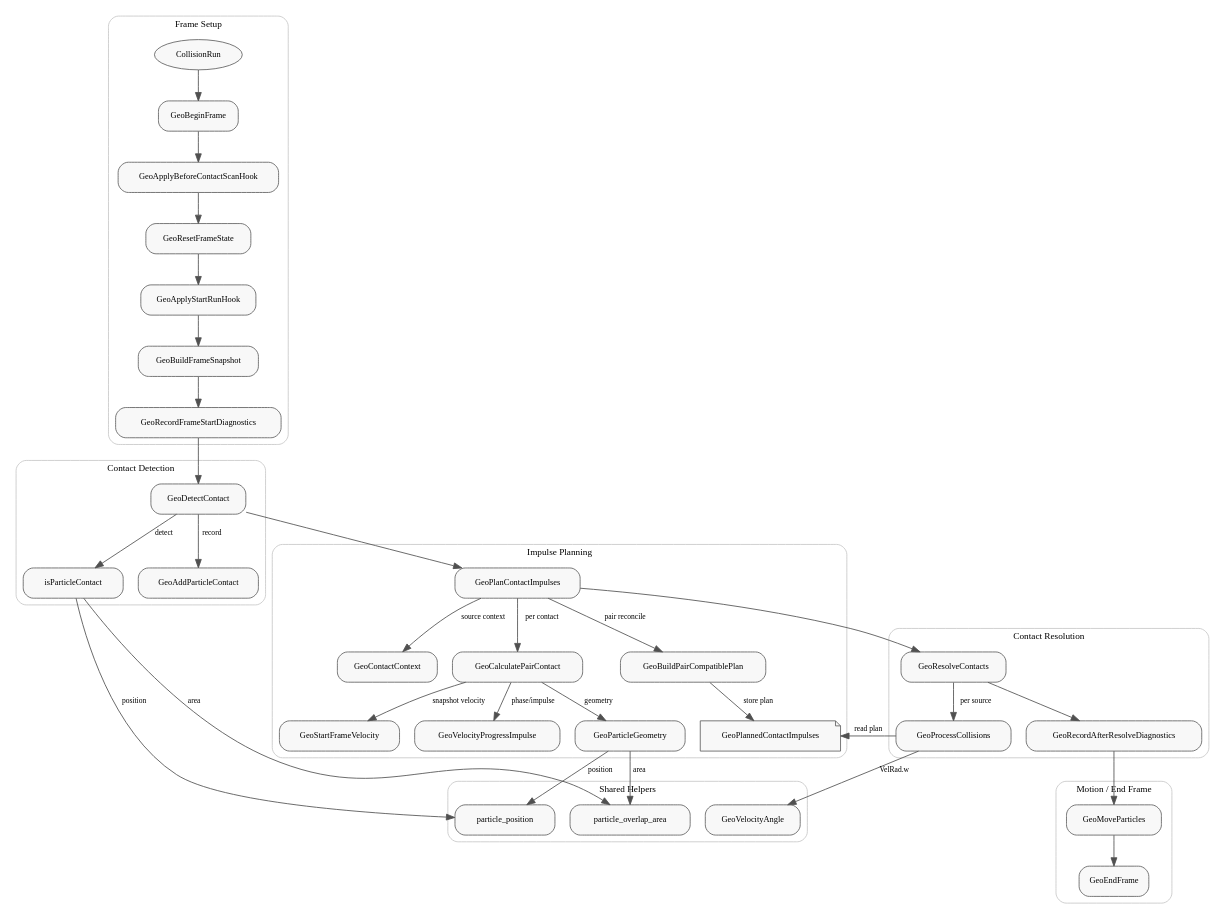
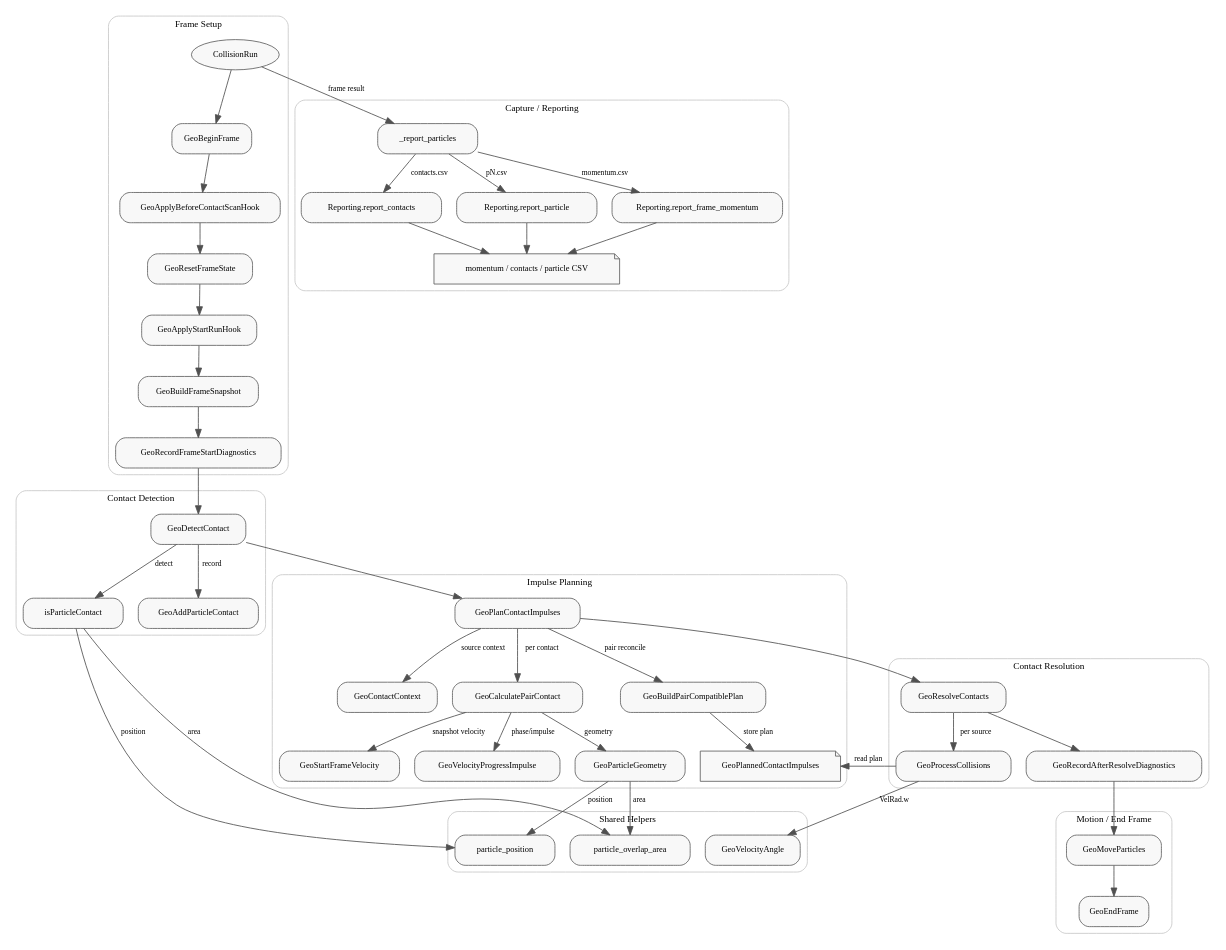
One commit to fieldparticle/gPCD changed the diagram in docs/Dynamics/generated/ShadowSourceFlow.dot. Above: the diagram before and after it, drawn with Graphviz. The commit also changed 28 other files, not shown here.

```diff
--- a/docs/Dynamics/generated/ShadowSourceFlow.dot
+++ b/docs/Dynamics/generated/ShadowSourceFlow.dot
@@ -1,107 +1,124 @@
 digraph ShadowSourceFlow {
   graph [
     rankdir=TB,
     compound=true,
     bgcolor="white",
     fontname="Consolas",
     fontsize=11
   ];
   node [
     fontname="Consolas",
     fontsize=10,
     style="rounded,filled",
     fillcolor="#f8f8f8",
     color="#606060"
   ];
   edge [
     fontname="Consolas",
     fontsize=9,
     color="#505050"
   ];
 
   subgraph cluster_setup {
     label="Frame Setup";
     color="#c8c8c8";
     style="rounded";
     CollisionRun [label="CollisionRun", shape=oval, URL="vscode://file/C:/_DJ/gPCD/python/base/ShadowBase.py:265:1", tooltip="Open CollisionRun in VS Code", target="_blank"];
     GeoBeginFrame [label="GeoBeginFrame", shape=box, URL="vscode://file/C:/_DJ/gPCD/python/base/ShadowBase.py:349:1", tooltip="Open GeoBeginFrame in VS Code", target="_blank"];
     GeoApplyBeforeContactScanHook [label="GeoApplyBeforeContactScanHook", shape=box, URL="vscode://file/C:/_DJ/gPCD/python/base/ShadowBase.py:364:1", tooltip="Open GeoApplyBeforeContactScanHook in VS Code", target="_blank"];
     GeoResetFrameState [label="GeoResetFrameState", shape=box, URL="vscode://file/C:/_DJ/gPCD/python/base/ShadowBase.py:377:1", tooltip="Open GeoResetFrameState in VS Code", target="_blank"];
     GeoApplyStartRunHook [label="GeoApplyStartRunHook", shape=box, URL="vscode://file/C:/_DJ/gPCD/python/base/ShadowBase.py:414:1", tooltip="Open GeoApplyStartRunHook in VS Code", target="_blank"];
     GeoBuildFrameSnapshot [label="GeoBuildFrameSnapshot", shape=box, URL="vscode://file/C:/_DJ/gPCD/python/base/ShadowBase.py:427:1", tooltip="Open GeoBuildFrameSnapshot in VS Code", target="_blank"];
     GeoRecordFrameStartDiagnostics [label="GeoRecordFrameStartDiagnostics", shape=box, URL="vscode://file/C:/_DJ/gPCD/python/base/ShadowBase.py:475:1", tooltip="Open GeoRecordFrameStartDiagnostics in VS Code", target="_blank"];
   }
   subgraph cluster_detect {
     label="Contact Detection";
     color="#c8c8c8";
     style="rounded";
     GeoDetectContact [label="GeoDetectContact", shape=box, URL="vscode://file/C:/_DJ/gPCD/python/base/ShadowBase.py:496:1", tooltip="Open GeoDetectContact in VS Code", target="_blank"];
     isParticleContact [label="isParticleContact", shape=box, URL="vscode://file/C:/_DJ/gPCD/python/base/ShadowBase.py:578:1", tooltip="Open isParticleContact in VS Code", target="_blank"];
     GeoAddParticleContact [label="GeoAddParticleContact", shape=box, URL="vscode://file/C:/_DJ/gPCD/python/base/ShadowDynamics.py:705:1", tooltip="Open GeoAddParticleContact in VS Code", target="_blank"];
   }
   subgraph cluster_planning {
     label="Impulse Planning";
     color="#c8c8c8";
     style="rounded";
     GeoPlanContactImpulses [label="GeoPlanContactImpulses", shape=box, URL="vscode://file/C:/_DJ/gPCD/python/base/ShadowDynamics.py:655:1", tooltip="Open GeoPlanContactImpulses in VS Code", target="_blank"];
     GeoContactContext [label="GeoContactContext", shape=box, URL="vscode://file/C:/_DJ/gPCD/python/base/ShadowDynamics.py:292:1", tooltip="Open GeoContactContext in VS Code", target="_blank"];
     GeoCalculatePairContact [label="GeoCalculatePairContact", shape=box, URL="vscode://file/C:/_DJ/gPCD/python/base/ShadowDynamics.py:496:1", tooltip="Open GeoCalculatePairContact in VS Code", target="_blank"];
     GeoParticleGeometry [label="GeoParticleGeometry", shape=box, URL="vscode://file/C:/_DJ/gPCD/python/base/ShadowDynamics.py:245:1", tooltip="Open GeoParticleGeometry in VS Code", target="_blank"];
     GeoStartFrameVelocity [label="GeoStartFrameVelocity", shape=box, URL="vscode://file/C:/_DJ/gPCD/python/base/ShadowDynamics.py:286:1", tooltip="Open GeoStartFrameVelocity in VS Code", target="_blank"];
     GeoVelocityProgressImpulse [label="GeoVelocityProgressImpulse", shape=box, URL="vscode://file/C:/_DJ/gPCD/python/base/ShadowDynamics.py:350:1", tooltip="Open GeoVelocityProgressImpulse in VS Code", target="_blank"];
     GeoBuildPairCompatiblePlan [label="GeoBuildPairCompatiblePlan", shape=box, URL="vscode://file/C:/_DJ/gPCD/python/base/ShadowDynamics.py:616:1", tooltip="Open GeoBuildPairCompatiblePlan in VS Code", target="_blank"];
     GeoPlannedContactImpulses [label="GeoPlannedContactImpulses", shape=note];
   }
   subgraph cluster_resolve {
     label="Contact Resolution";
     color="#c8c8c8";
     style="rounded";
     GeoResolveContacts [label="GeoResolveContacts", shape=box, URL="vscode://file/C:/_DJ/gPCD/python/base/ShadowBase.py:532:1", tooltip="Open GeoResolveContacts in VS Code", target="_blank"];
     GeoProcessCollisions [label="GeoProcessCollisions", shape=box, URL="vscode://file/C:/_DJ/gPCD/python/base/ShadowDynamics.py:769:1", tooltip="Open GeoProcessCollisions in VS Code", target="_blank"];
     GeoRecordAfterResolveDiagnostics [label="GeoRecordAfterResolveDiagnostics", shape=box, URL="vscode://file/C:/_DJ/gPCD/python/base/ShadowBase.py:490:1", tooltip="Open GeoRecordAfterResolveDiagnostics in VS Code", target="_blank"];
   }
   subgraph cluster_motion {
     label="Motion / End Frame";
     color="#c8c8c8";
     style="rounded";
     GeoMoveParticles [label="GeoMoveParticles", shape=box, URL="vscode://file/C:/_DJ/gPCD/python/base/ShadowBase.py:545:1", tooltip="Open GeoMoveParticles in VS Code", target="_blank"];
     GeoEndFrame [label="GeoEndFrame", shape=box, URL="vscode://file/C:/_DJ/gPCD/python/base/ShadowBase.py:556:1", tooltip="Open GeoEndFrame in VS Code", target="_blank"];
   }
+  subgraph cluster_capture {
+    label="Capture / Reporting";
+    color="#c8c8c8";
+    style="rounded";
+    _report_particles [label="_report_particles", shape=box, URL="vscode://file/C:/_DJ/gPCD/python/GeoRunner.py:505:1", tooltip="Open _report_particles in VS Code", target="_blank"];
+    report_frame_momentum [label="Reporting.report_frame_momentum", shape=box, URL="vscode://file/C:/_DJ/gPCD/python/base/Reporting.py:79:1", tooltip="Open Reporting.report_frame_momentum in VS Code", target="_blank"];
+    report_contacts [label="Reporting.report_contacts", shape=box, URL="vscode://file/C:/_DJ/gPCD/python/base/Reporting.py:177:1", tooltip="Open Reporting.report_contacts in VS Code", target="_blank"];
+    report_particle [label="Reporting.report_particle", shape=box, URL="vscode://file/C:/_DJ/gPCD/python/base/Reporting.py:135:1", tooltip="Open Reporting.report_particle in VS Code", target="_blank"];
+    CaptureCSV [label="momentum / contacts / particle CSV", shape=note];
+  }
   subgraph cluster_common {
     label="Shared Helpers";
     color="#c8c8c8";
     style="rounded";
     particle_position [label="particle_position", shape=box, URL="vscode://file/C:/_DJ/gPCD/python/base/ShadowBase.py:573:1", tooltip="Open particle_position in VS Code", target="_blank"];
     particle_overlap_area [label="particle_overlap_area", shape=box, URL="vscode://file/C:/_DJ/gPCD/python/base/ShadowBase.py:615:1", tooltip="Open particle_overlap_area in VS Code", target="_blank"];
     GeoVelocityAngle [label="GeoVelocityAngle", shape=box, URL="vscode://file/C:/_DJ/gPCD/python/base/ShadowBase.py:117:1", tooltip="Open GeoVelocityAngle in VS Code", target="_blank"];
   }
 
     CollisionRun -> GeoBeginFrame;
     GeoBeginFrame -> GeoApplyBeforeContactScanHook;
     GeoApplyBeforeContactScanHook -> GeoResetFrameState;
     GeoResetFrameState -> GeoApplyStartRunHook;
     GeoApplyStartRunHook -> GeoBuildFrameSnapshot;
     GeoBuildFrameSnapshot -> GeoRecordFrameStartDiagnostics;
     GeoRecordFrameStartDiagnostics -> GeoDetectContact;
     GeoDetectContact -> GeoPlanContactImpulses;
     GeoPlanContactImpulses -> GeoResolveContacts;
     GeoResolveContacts -> GeoRecordAfterResolveDiagnostics;
     GeoRecordAfterResolveDiagnostics -> GeoMoveParticles;
     GeoMoveParticles -> GeoEndFrame;
     GeoDetectContact -> isParticleContact [label="detect"];
     isParticleContact -> particle_position [label="position"];
     isParticleContact -> particle_overlap_area [label="area"];
     GeoDetectContact -> GeoAddParticleContact [label="record"];
     GeoPlanContactImpulses -> GeoContactContext [label="source context"];
     GeoPlanContactImpulses -> GeoCalculatePairContact [label="per contact"];
     GeoCalculatePairContact -> GeoParticleGeometry [label="geometry"];
     GeoParticleGeometry -> particle_position [label="position"];
     GeoParticleGeometry -> particle_overlap_area [label="area"];
     GeoCalculatePairContact -> GeoStartFrameVelocity [label="snapshot velocity"];
     GeoCalculatePairContact -> GeoVelocityProgressImpulse [label="phase/impulse"];
     GeoPlanContactImpulses -> GeoBuildPairCompatiblePlan [label="pair reconcile"];
     GeoBuildPairCompatiblePlan -> GeoPlannedContactImpulses [label="store plan"];
     GeoResolveContacts -> GeoProcessCollisions [label="per source"];
     GeoProcessCollisions -> GeoPlannedContactImpulses [label="read plan"];
     GeoProcessCollisions -> GeoVelocityAngle [label="VelRad.w"];
+    CollisionRun -> _report_particles [label="frame result"];
+    _report_particles -> report_frame_momentum [label="momentum.csv"];
+    _report_particles -> report_contacts [label="contacts.csv"];
+    _report_particles -> report_particle [label="pN.csv"];
+    report_frame_momentum -> CaptureCSV;
+    report_contacts -> CaptureCSV;
+    report_particle -> CaptureCSV;
 }
```
